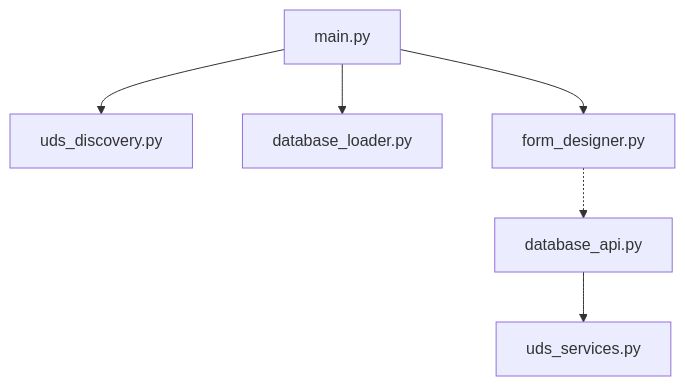
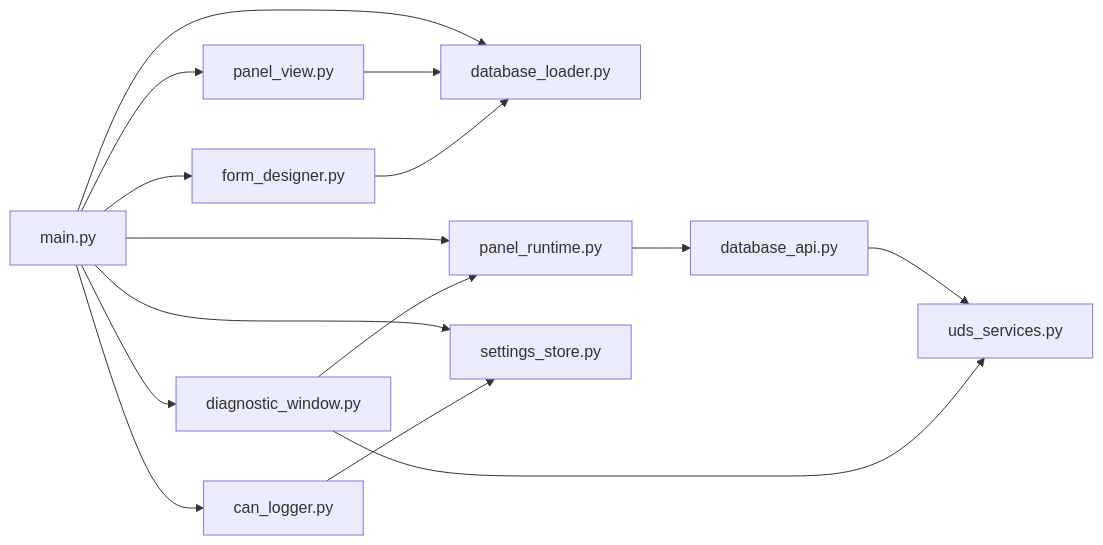
The first of 3 diagrams in DOCUMENTATION.md (HyperFluxQc/CanExpert), drawn with Mermaid before and after one commit. The commit also changed other lines of this file and 22 other files, not shown here.

First line of the commit message:
Add ISO-TP UDS transport and remove legacy discovery

````diff
--- a/DOCUMENTATION.md
+++ b/DOCUMENTATION.md
@@ -39,15 +21,18 @@
 ```mermaid
-flowchart TB
+flowchart LR
     main["main.py"]
-    uds_discovery["uds_discovery.py"]
-    database_loader["database_loader.py"]
-    form_designer["form_designer.py"]
-    database_api["database_api.py"]
-    uds_services["uds_services.py"]
-
-    main --> uds_discovery
-    main --> database_loader
-    main --> form_designer
-    form_designer -.-> database_api
-    database_api --> uds_services
+    main --> database_loader["database_loader.py"]
+    main --> panel_view["panel_view.py"]
+    main --> panel_runtime["panel_runtime.py"]
+    main --> form_designer["form_designer.py"]
+    main --> can_logger["can_logger.py"]
+    main --> diagnostic_window["diagnostic_window.py"]
+    main --> settings_store["settings_store.py"]
+    panel_view --> database_loader
+    form_designer --> database_loader
+    panel_runtime --> database_api["database_api.py"]
+    database_api --> uds_services["uds_services.py"]
+    diagnostic_window --> panel_runtime
+    diagnostic_window --> uds_services
+    can_logger --> settings_store
 ```
````
